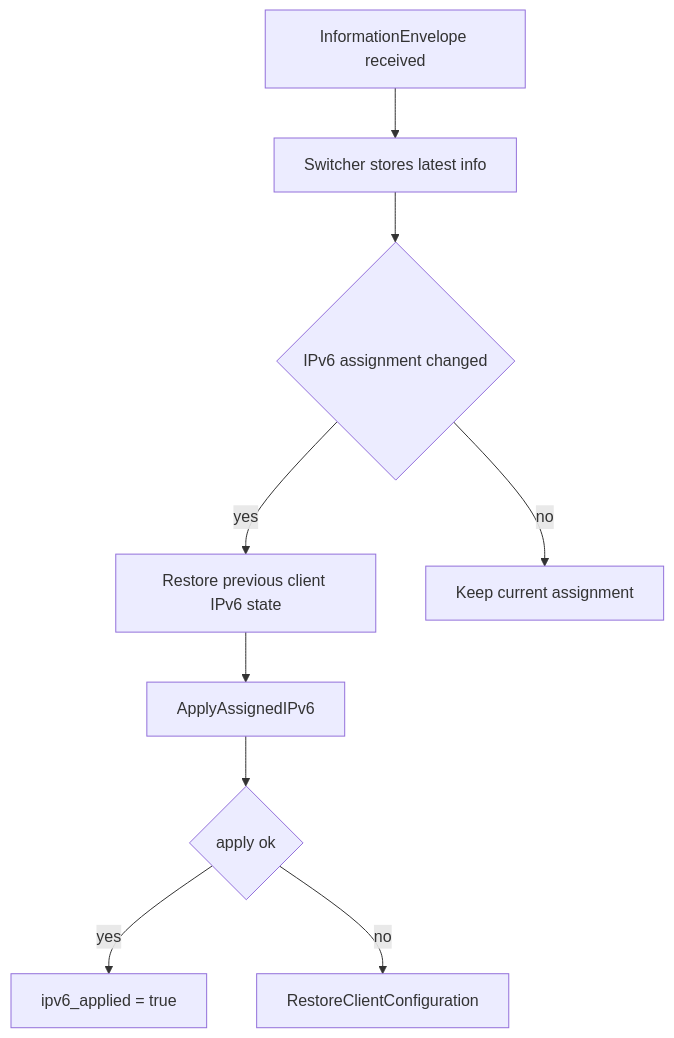
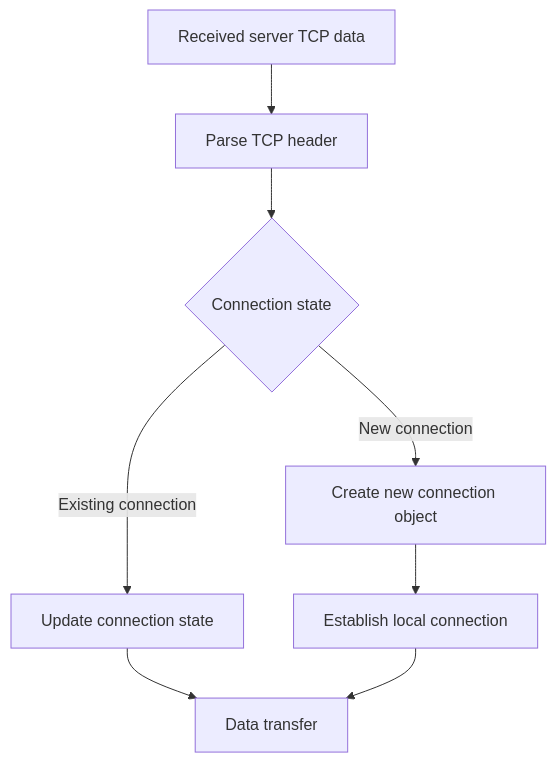
The sixth of 12 diagrams in docs/CLIENT_ARCHITECTURE.md (HyacinthHaru/openppp2), drawn with Mermaid before and after one commit. The commit also changed other lines of this file and 31 other files, not shown here.

````diff
--- a/docs/CLIENT_ARCHITECTURE.md
+++ b/docs/CLIENT_ARCHITECTURE.md
@@ -274,11 +250,10 @@
 ```mermaid
 flowchart TD
-    A[InformationEnvelope received] --> B[Switcher stores latest info]
-    B --> C{IPv6 assignment changed}
-    C -- yes --> D[Restore previous client IPv6 state]
-    D --> E[ApplyAssignedIPv6]
-    E --> F{apply ok}
-    F -- yes --> G[ipv6_applied = true]
-    F -- no --> H[RestoreClientConfiguration]
-    C -- no --> I[Keep current assignment]
+    A[Received server TCP data] --> B[Parse TCP header]
+    B --> C{Connection state}
+    C -->|New connection| D[Create new connection object]
+    C -->|Existing connection| E[Update connection state]
+    D --> F[Establish local connection]
+    E --> G[Data transfer]
+    F --> G
 ```
````
